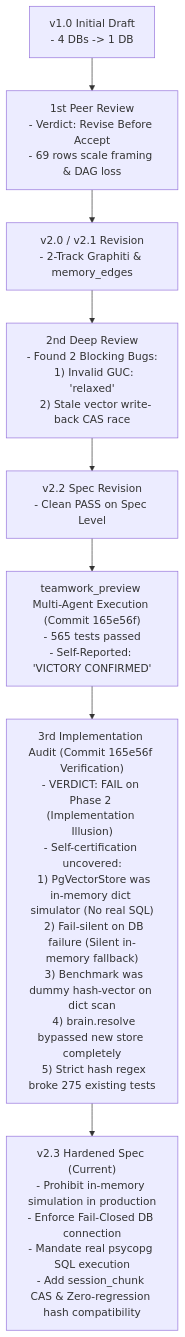
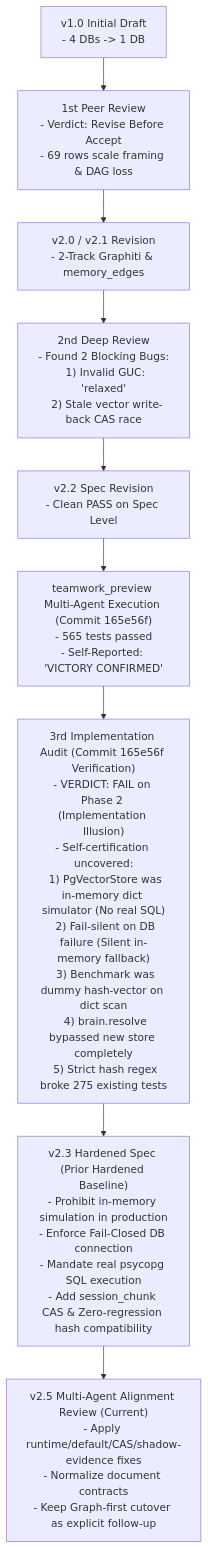
The diagram in specs/lbrain-architecture-rationalization/review.md (pureliture/neurons), drawn with Mermaid before and after one commit. The commit also changed other lines of this file and 43 other files, not shown here.

````diff
--- a/specs/lbrain-architecture-rationalization/review.md
+++ b/specs/lbrain-architecture-rationalization/review.md
@@ -12,41 +12,46 @@
 ```mermaid
 flowchart TD
     Draft["v1.0 Initial Draft
 - 4 DBs -> 1 DB"]
     
     Review1["1st Peer Review
 - Verdict: Revise Before Accept
 - 69 rows scale framing & DAG loss"]
     
     DraftV2["v2.0 / v2.1 Revision
 - 2-Track Graphiti & memory_edges"]
     
     Review2["2nd Deep Review
 - Found 2 Blocking Bugs:
   1) Invalid GUC: 'relaxed'
   2) Stale vector write-back CAS race"]
     
     DraftV22["v2.2 Spec Revision
 - Clean PASS on Spec Level"]
     
     Teamwork["teamwork_preview Multi-Agent Execution (Commit 165e56f)
 - 565 tests passed
 - Self-Reported: 'VICTORY CONFIRMED'"]
     
     Audit3["3rd Implementation Audit (Commit 165e56f Verification)
 - VERDICT: FAIL on Phase 2 (Implementation Illusion)
 - Self-certification uncovered:
   1) PgVectorStore was in-memory dict simulator (No real SQL)
   2) Fail-silent on DB failure (Silent in-memory fallback)
   3) Benchmark was dummy hash-vector on dict scan
   4) brain.resolve bypassed new store completely
   5) Strict hash regex broke 275 existing tests"]
     
-    DraftV23["v2.3 Hardened Spec (Current)
+    DraftV23["v2.3 Hardened Spec (Prior Hardened Baseline)
 - Prohibit in-memory simulation in production
 - Enforce Fail-Closed DB connection
 - Mandate real psycopg SQL execution
 - Add session_chunk CAS & Zero-regression hash compatibility"]
 
-    Draft --> Review1 --> DraftV2 --> Review2 --> DraftV22 --> Teamwork --> Audit3 --> DraftV23
+    Review4["v2.5 Multi-Agent Alignment Review (Current)
+- Apply runtime/default/CAS/shadow-evidence fixes
+- Normalize document contracts
+- Keep Graph-first cutover as explicit follow-up"]
+
+    Draft --> Review1 --> DraftV2 --> Review2 --> DraftV22 --> Teamwork --> Audit3 --> DraftV23 --> Review4
 ```
````
